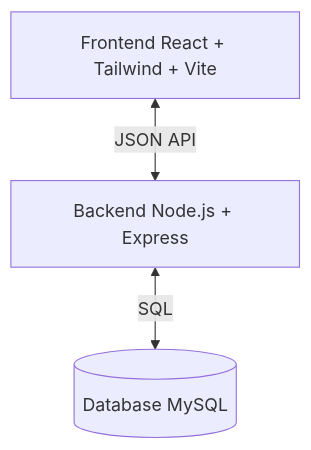
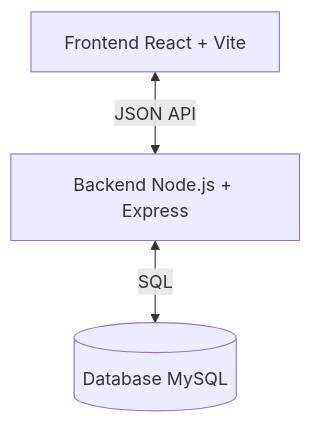
One commit to Quangnguyen269/WEB-LANGUAGE-PROJECT changed the diagram in docs/README.md. Above: the diagram before and after it, drawn with Mermaid. The commit also changed other lines of this file, not shown here.

````diff
--- a/docs/README.md
+++ b/docs/README.md
@@ -33,5 +33,5 @@
 ```mermaid
 graph TD
-    Frontend[Frontend React + Tailwind + Vite] <-->|JSON API| Backend[Backend Node.js + Express]
+    Frontend[Frontend React + Vite] <-->|JSON API| Backend[Backend Node.js + Express]
     Backend <-->|SQL| Database[(Database MySQL)]
 ```
````
